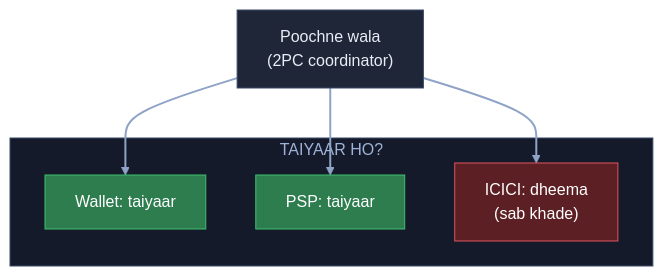
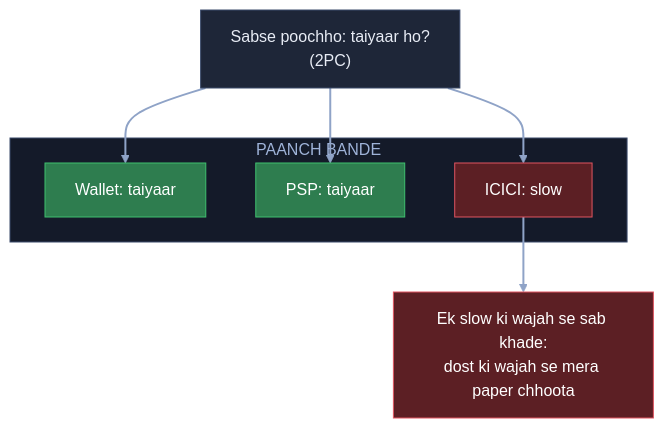
The eighth of 11 diagrams in 04_HLD/SYSTEM_DESIGNS/06_payment_system/06_payment_system.md (ArpanMaheshwari144/Prep), drawn with Mermaid before and after one commit. The commit also changed other lines of this file, not shown here.

Commit message:
Payment: 11 diagram hand notes ke shabdon se, K4 heading 'fallback tareeka'

````diff
--- a/04_HLD/SYSTEM_DESIGNS/06_payment_system/06_payment_system.md
+++ b/04_HLD/SYSTEM_DESIGNS/06_payment_system/06_payment_system.md
@@ -234,18 +237,20 @@
 ```mermaid
 flowchart TB
-    C["Poochne wala<br/>(2PC coordinator)"]:::card
-    subgraph TH["TAIYAAR HO?"]
-        W["Wallet: taiyaar"]:::good
-        P["PSP: taiyaar"]:::good
-        I["ICICI: dheema<br/>(sab khade)"]:::bad
+    C["Sabse poochho: taiyaar ho?<br/>(2PC)"]:::card
+    subgraph PB["PAANCH BANDE"]
+        A["Wallet: taiyaar"]:::good
+        B["PSP: taiyaar"]:::good
+        I["ICICI: slow"]:::bad
     end
-    C --> W
-    C --> P
+    X["Ek slow ki wajah se sab khade:<br/>dost ki wajah se mera paper chhoota"]:::bad
+    C --> A
+    C --> B
     C --> I
+    I --> X
     linkStyle default stroke:#8fa3c7,stroke-width:2px
     classDef card fill:#1e2638,stroke:#3a4a6b,color:#e8ecf5
     classDef pill fill:#f5c542,stroke:#f5c542,color:#000
     classDef good fill:#2e7d4f,stroke:#3fbf6f,color:#fff
     classDef bad fill:#5c1f24,stroke:#e05561,color:#fff
-    style TH fill:#141a29,stroke:#3a4a6b,color:#9fb3d9
+    style PB fill:#141a29,stroke:#3a4a6b,color:#9fb3d9
 ```
````
